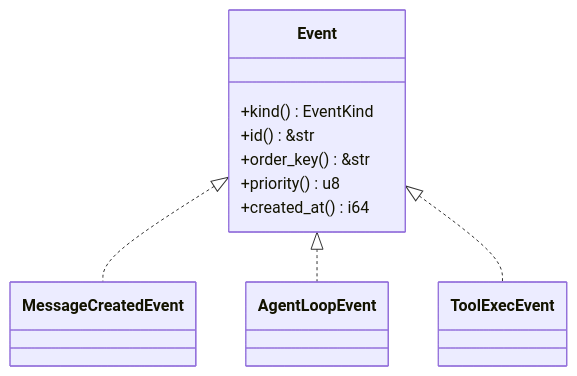
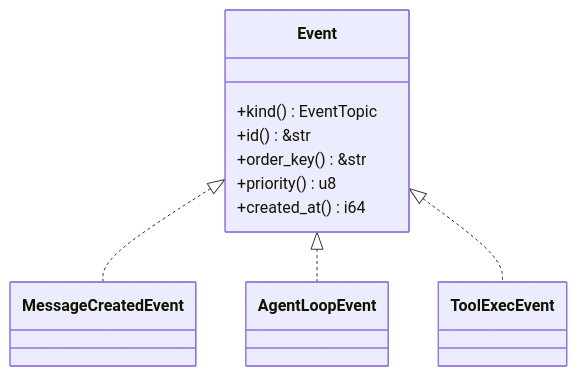
The third of 7 diagrams in docs/wiki/zh/content/基础设施/AOP 事件系统/AOP 事件系统.md (runningcoders/ai_orz), drawn with Mermaid before and after one commit. The commit also changed other lines of this file and 37 other files, not shown here.

````diff
--- a/docs/wiki/zh/content/基础设施/AOP 事件系统/AOP 事件系统.md
+++ b/docs/wiki/zh/content/基础设施/AOP 事件系统/AOP 事件系统.md
@@ -191,16 +192,16 @@
 ```mermaid
 classDiagram
 class Event {
-+kind() EventKind
++kind() EventTopic
 +id() &str
 +order_key() &str
 +priority() u8
 +created_at() i64
 }
 class MessageCreatedEvent
 class AgentLoopEvent
 class ToolExecEvent
 Event <|.. MessageCreatedEvent
 Event <|.. AgentLoopEvent
 Event <|.. ToolExecEvent
 ```
````
